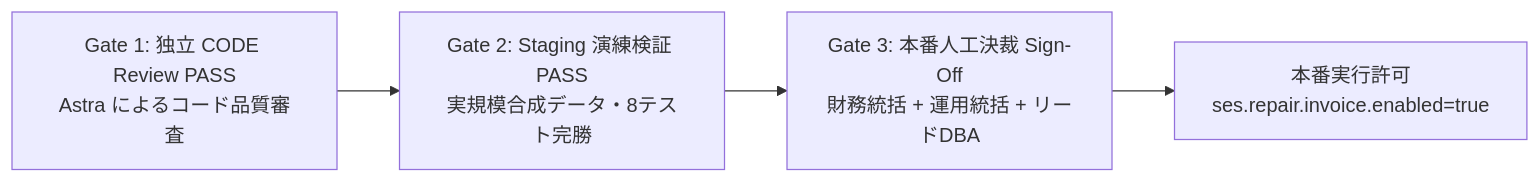
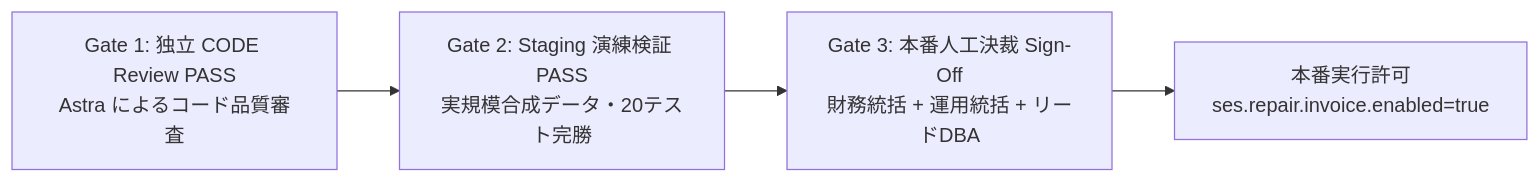
One commit to satoshi2024/ses-manager-pro changed the second of 2 diagrams in .kiro/specs/asset-account-license-lifecycle/v182-repair-executor-boundary-a-plan.md. Above: the diagram before and after it, drawn with Mermaid. The commit also changed other lines of this file and 1 other file, not shown here.

````diff
--- a/.kiro/specs/asset-account-license-lifecycle/v182-repair-executor-boundary-a-plan.md
+++ b/.kiro/specs/asset-account-license-lifecycle/v182-repair-executor-boundary-a-plan.md
@@ -309,6 +433,6 @@
 ```mermaid
 flowchart LR
-    G1[Gate 1: 独立 CODE Review PASS<br/>Astra によるコード品質審査] --> G2[Gate 2: Staging 演練検証 PASS<br/>実規模合成データ・8テスト完勝]
+    G1[Gate 1: 独立 CODE Review PASS<br/>Astra によるコード品質審査] --> G2[Gate 2: Staging 演練検証 PASS<br/>実規模合成データ・20テスト完勝]
     G2 --> G3[Gate 3: 本番人工決裁 Sign-Off<br/>財務統括 + 運用統括 + リードDBA]
     G3 --> ProdEnable[本番実行許可<br/>ses.repair.invoice.enabled=true]
 ```
````
